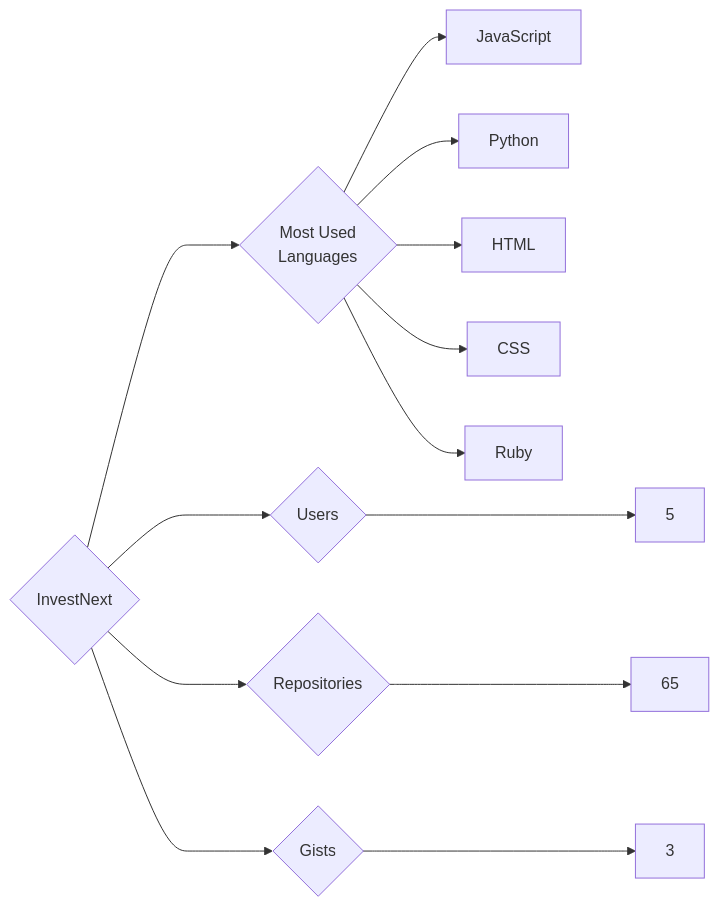
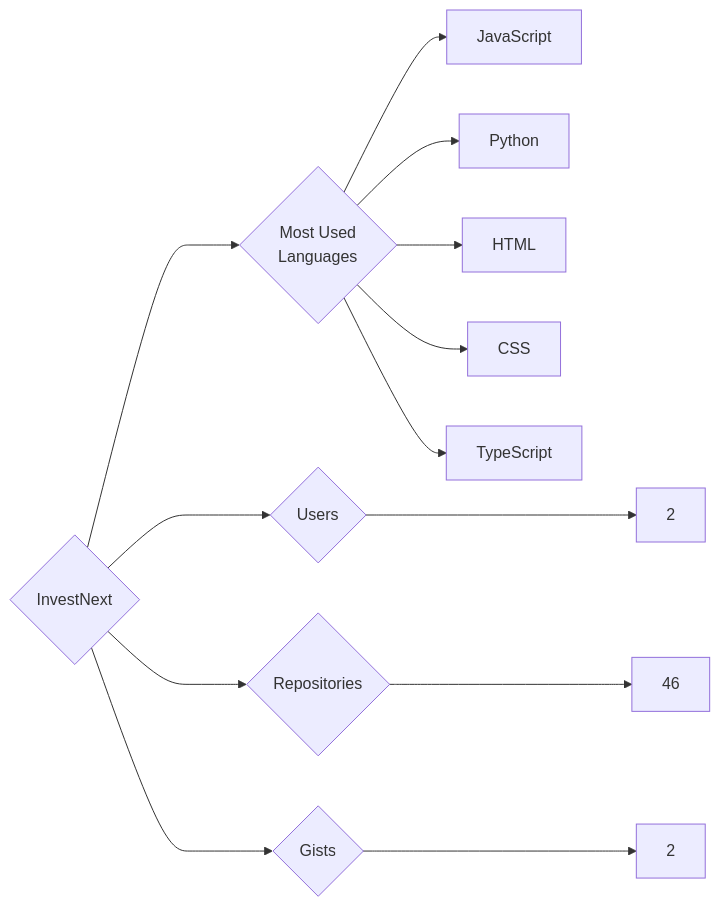
Before and after one commit to trickest/insiders: the diagram in targets/InvestNext/README.md, drawn with Mermaid. The commit also changed 783 other files, not shown here.

````diff
--- a/targets/InvestNext/README.md
+++ b/targets/InvestNext/README.md
@@ -3,13 +3,13 @@
 ```mermaid
 graph LR
 COMPANY_NAME{InvestNext}
-COMPANY_NAME ---> U{Users} ---> UN[5]
-COMPANY_NAME ---> R{Repositories} ---> RN[65]
-COMPANY_NAME ---> G{Gists} ---> GN[3]
+COMPANY_NAME ---> U{Users} ---> UN[2]
+COMPANY_NAME ---> R{Repositories} ---> RN[46]
+COMPANY_NAME ---> G{Gists} ---> GN[2]
 COMPANY_NAME ---> ML{Most Used<br>Languages}
 ML --> JavaScript[JavaScript]
 ML --> Python[Python]
 ML --> HTML[HTML]
 ML --> CSS[CSS]
-ML --> Ruby[Ruby]
+ML --> TypeScript[TypeScript]
 ```
````
